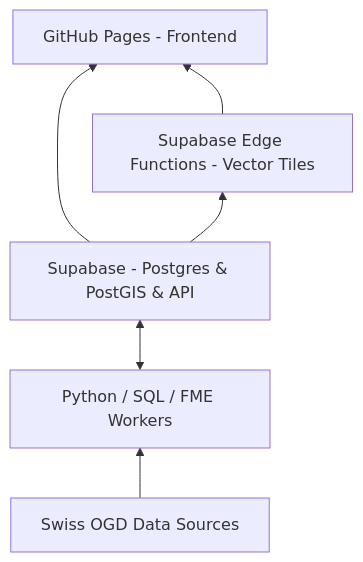
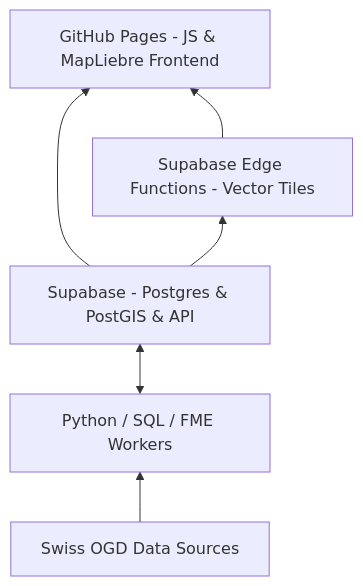
The first of 2 diagrams in README.md (davras5/OpenBuildings), drawn with Mermaid before and after one commit.

````diff
--- a/README.md
+++ b/README.md
@@ -75,14 +75,14 @@
 ```mermaid
 flowchart BT
-    FE[GitHub Pages - Frontend] 
+    FE[GitHub Pages - JS & MapLiebre Frontend] 
     SUPABASE[Supabase - Postgres & PostGIS & API]
     EDGE[Supabase Edge Functions - Vector Tiles]
     TOOLS[Python / SQL / FME Workers]
     DATASRC[Swiss OGD Data Sources]
 
     SUPABASE --> FE
     EDGE --> FE
     SUPABASE --> EDGE
     TOOLS <--> SUPABASE
     DATASRC --> TOOLS
 ```
````
